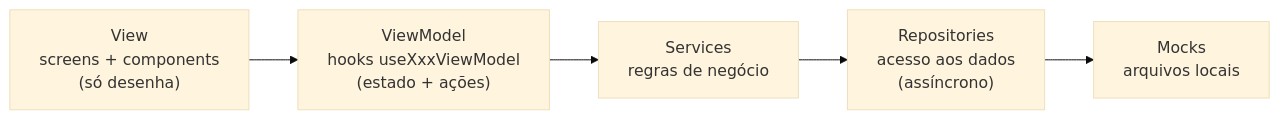
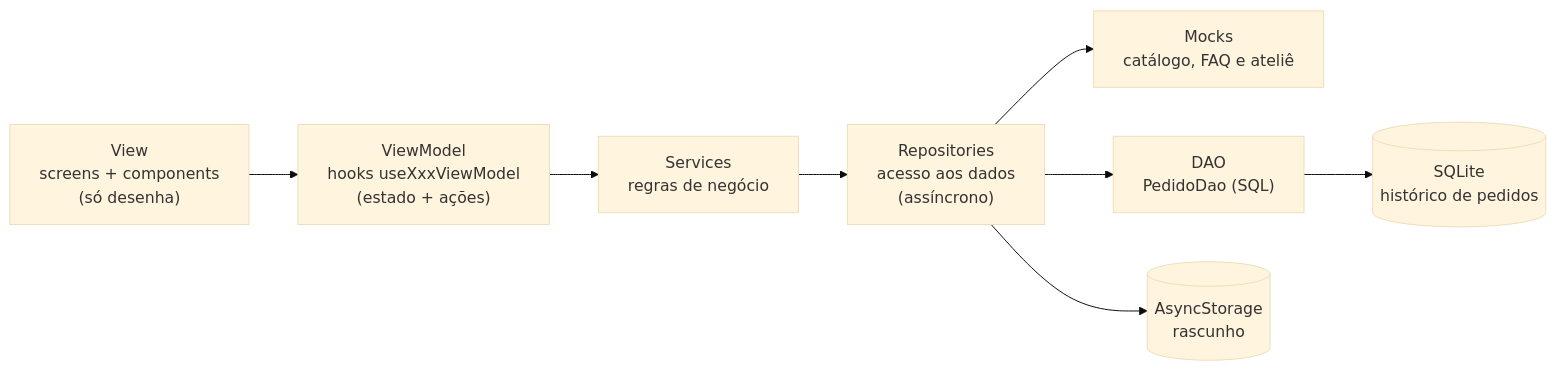
One commit to princ1sval/atelie-mandalas-app changed the diagram in README.md. Above: the diagram before and after it, drawn with Mermaid (base theme). The commit also changed other lines of this file, not shown here.

````diff
--- a/README.md
+++ b/README.md
@@ -87,7 +89,10 @@
 ```mermaid
 flowchart LR
   V["View<br/>screens + components<br/>(só desenha)"] --> VM["ViewModel<br/>hooks useXxxViewModel<br/>(estado + ações)"]
   VM --> S["Services<br/>regras de negócio"]
   S --> R["Repositories<br/>acesso aos dados<br/>(assíncrono)"]
-  R --> M["Mocks<br/>arquivos locais"]
+  R --> M["Mocks<br/>catálogo, FAQ e ateliê"]
+  R --> D["DAO<br/>PedidoDao (SQL)"]
+  D --> DB[("SQLite<br/>histórico de pedidos")]
+  R --> AS[("AsyncStorage<br/>rascunho")]
 ```
````
